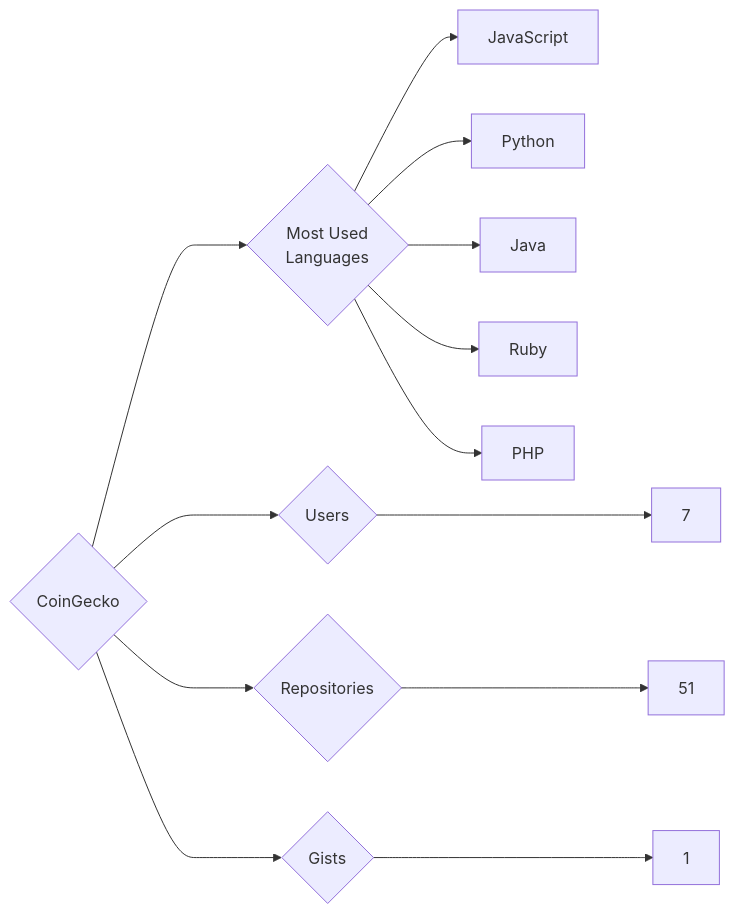
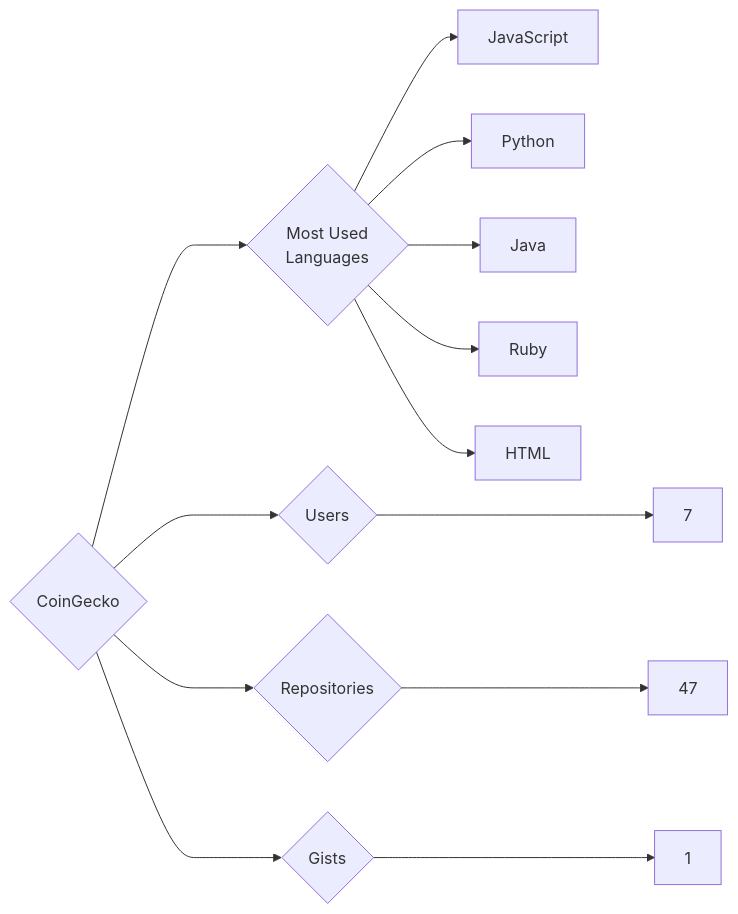
One commit to trickest/insiders changed the diagram in targets/CoinGecko/README.md. Above: the diagram before and after it, drawn with Mermaid. The commit also changed 988 other files, not shown here.

````diff
--- a/targets/CoinGecko/README.md
+++ b/targets/CoinGecko/README.md
@@ -3,13 +3,13 @@
 ```mermaid
 graph LR
 COMPANY_NAME{CoinGecko}
 COMPANY_NAME ---> U{Users} ---> UN[7]
-COMPANY_NAME ---> R{Repositories} ---> RN[51]
+COMPANY_NAME ---> R{Repositories} ---> RN[47]
 COMPANY_NAME ---> G{Gists} ---> GN[1]
 COMPANY_NAME ---> ML{Most Used<br>Languages}
 ML --> JavaScript[JavaScript]
 ML --> Python[Python]
 ML --> Java[Java]
 ML --> Ruby[Ruby]
-ML --> PHP[PHP]
+ML --> HTML[HTML]
 ```
````
